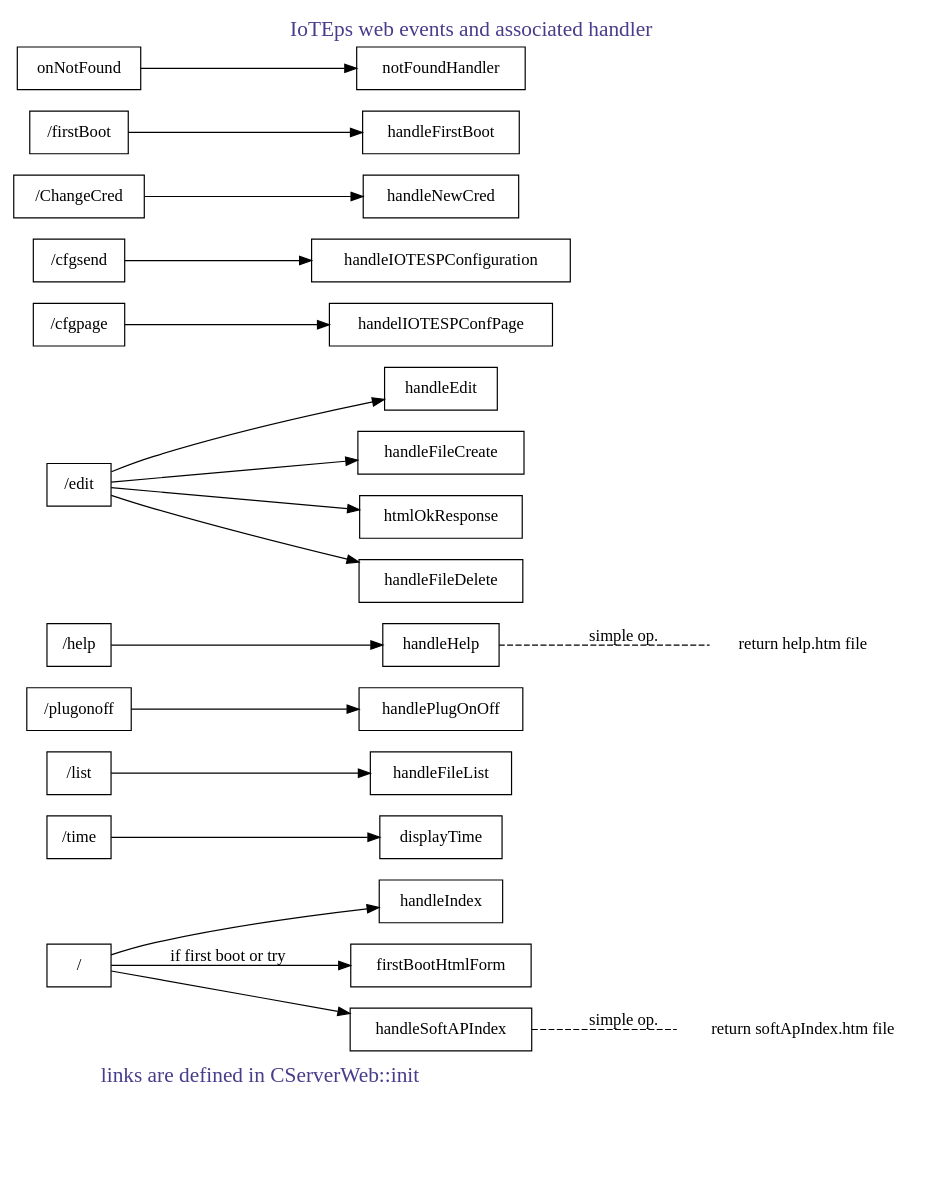
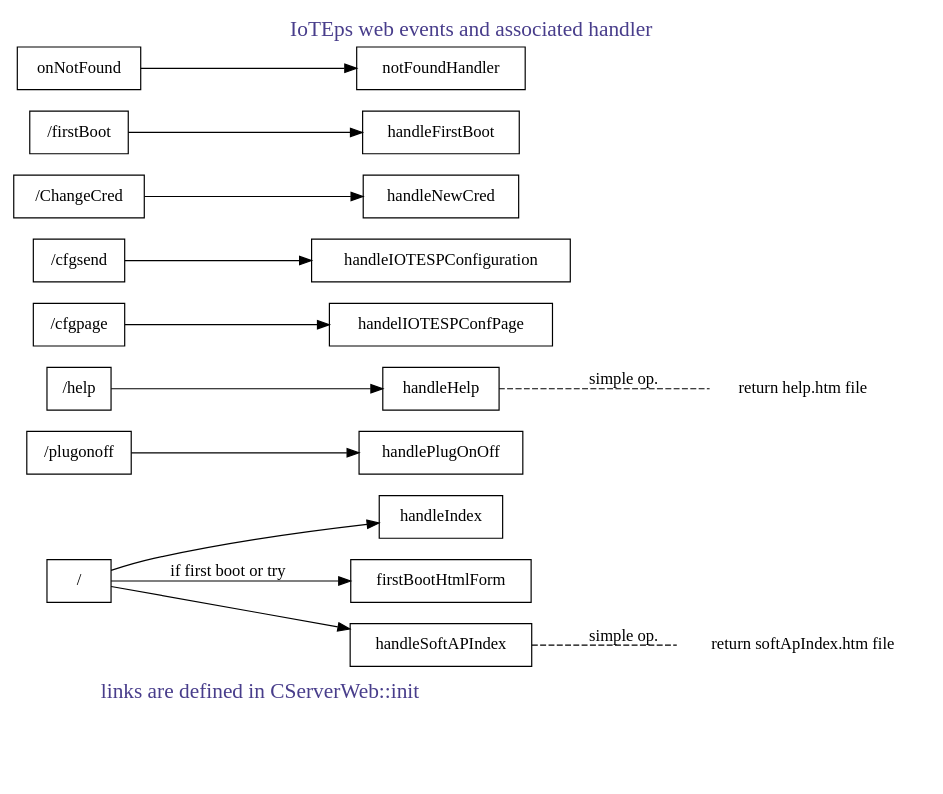
One commit to volab/IoT_EPS changed the diagram in _1_userDoc/source/graphviz/webEvents.gv. Above: the diagram before and after it, drawn with Graphviz. The commit also changed 23 other files, not shown here.

```diff
--- a/_1_userDoc/source/graphviz/webEvents.gv
+++ b/_1_userDoc/source/graphviz/webEvents.gv
@@ -1,54 +1,51 @@
 digraph webEvents {
     label="IoTEps web events and associated handler" 
     fontsize=18 
     fontcolor=darkslateblue 
     #layout="twopi"
     labelloc="t" 
     rankdir="LR" 
     #ratio=auto; 
     ranksep=0.1
     #compound=true
     center=true
 
     subgraph clusterLegend {
         label = "links are defined in CServerWeb::init"
         ranksep=0.1
         color=none
         #shape = rectangle
         #color =  green
         a[style=invis]
         b[style=invis]
         a->b[style=invis]
 
         #X -> Y[style= invis]
     }
 
     node[shape=rect]
     "/" -> handleIndex
     "/" -> firstBootHtmlForm[label="if first boot or try"]
     "return softApIndex.htm file"[shape=none]
     "/" -> handleSoftAPIndex 
     handleSoftAPIndex ->"return softApIndex.htm file"[label="simple op." style=dashed dir=back arrowhead=none arrowtail=none ]
-    "/time" -> displayTime
-    "/list"-> handleFileList
+
+
     "/plugonoff" -> handlePlugOnOff
     "/help" -> handleHelp
     "return help.htm file"[shape=none]
     handleHelp -> "return help.htm file"[label="simple op." style=dashed dir=back arrowhead=none arrowtail=none]
-    "/edit" -> handleEdit
-    "/edit" ->handleFileCreate
-    "/edit" -> htmlOkResponse
-    "/edit" -> handleFileDelete
+
     "/cfgpage" -> handelIOTESPConfPage
     "/cfgsend" -> handleIOTESPConfiguration
     "/ChangeCred" -> handleNewCred
     "/firstBoot" -> handleFirstBoot
 
     onNotFound -> notFoundHandler
 
 
 
    
 
 
 }
```
